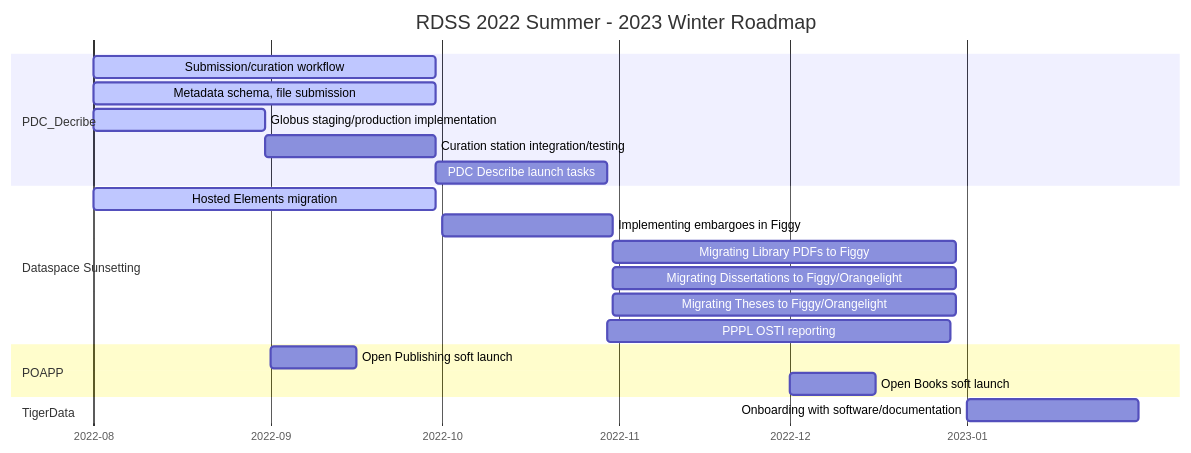
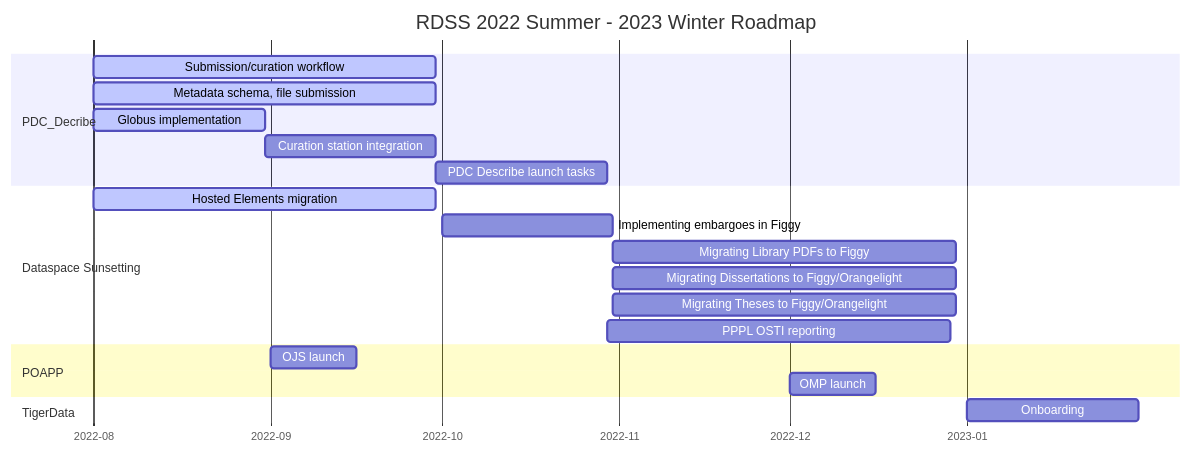
Before and after one commit to pulibrary/rdss-handbook: the first of 2 diagrams in roadmap.md, drawn with Mermaid. The commit also changed other lines of this file, not shown here.

````diff
--- a/roadmap.md
+++ b/roadmap.md
@@ -5,25 +5,25 @@
 ```mermaid
 gantt
     title RDSS 2022 Summer - 2023 Winter Roadmap
     axisFormat  %Y-%m
     dateformat YYYY-MM
     section PDC_Decribe
     Submission/curation workflow           :active, pd1, 2022-08, 60d
     Metadata schema, file submission :active, pd2, 2022-08, 60d
-    Globus staging/production implementation     :active, pd3, 2022-08, 30d
-    Curation station integration/testing: pd4, after pd3, 30d
+    Globus implementation     :active, pd3, 2022-08, 30d
+    Curation station integration: pd4, after pd3, 30d
     PDC Describe launch tasks: pd5, after pd4, 30d
     section Dataspace Sunsetting
     Hosted Elements migration :active, ds1, 2022-08, 60d
     Implementing embargoes in Figgy: ds2, 2022-10, 30d
     Migrating Library PDFs to Figgy: ds4, after ds2, 60d
     Migrating Dissertations to Figgy/Orangelight: ds5, after ds2, 60d
     Migrating Theses to Figgy/Orangelight: ds6, after ds2, 60d
     PPPL OSTI reporting: ds3, after pd5,60d
     section POAPP
-    Open Publishing soft launch: po1, 2022-09, 15d
-    Open Books soft launch: po2, 2022-12, 15d
+    OJS launch: po1, 2022-09, 15d
+    OMP launch: po2, 2022-12, 15d
     section TigerData
-    Onboarding with software/documentation: td1, 2023-01, 30d
+    Onboarding: td1, 2023-01, 30d
 
 ```
````
